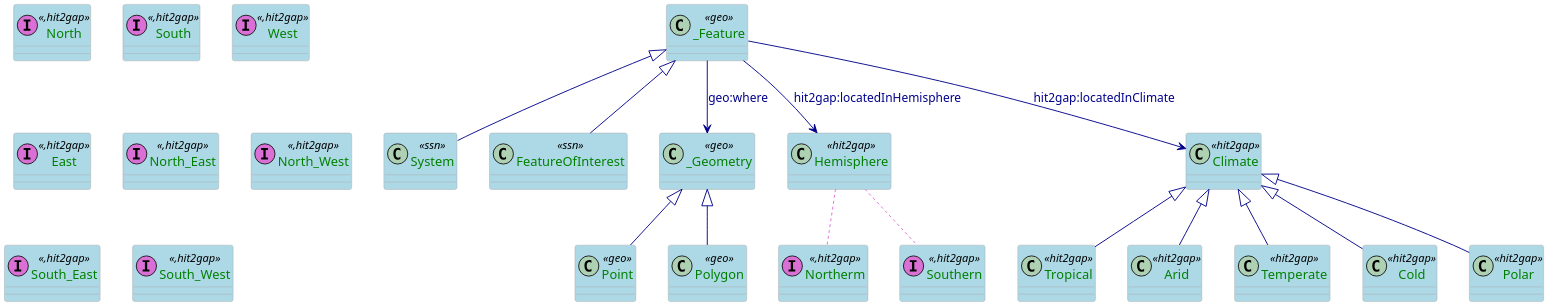
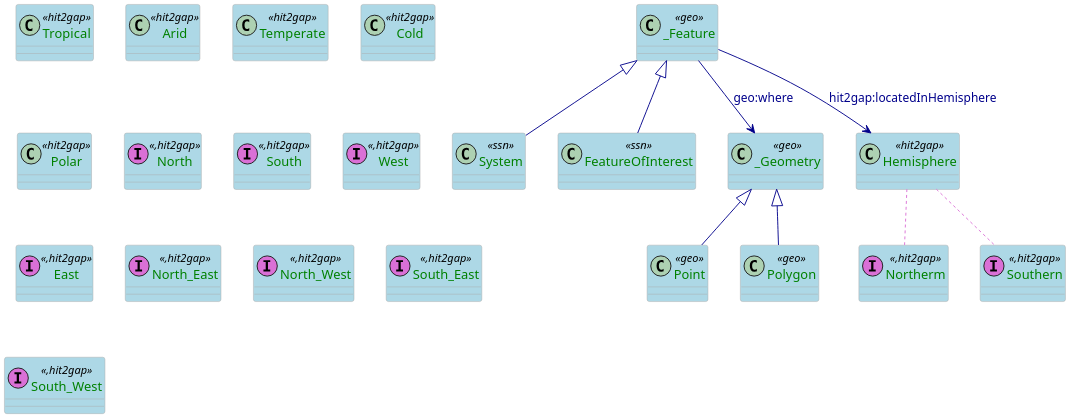
One commit to HIT2GAP-EU-PROJECT/BEMOnt changed the diagram in docs/plantuml/geo.puml. Above: the diagram before and after it, drawn with PlantUML.

```diff
--- a/docs/plantuml/geo.puml
+++ b/docs/plantuml/geo.puml
@@ -1,69 +1,63 @@
 @startuml
 scale 0.7
 
 skinparam class {
   ArrowColor DarkBlue
   ArrowFontColor DarkBlue
   BackgroundColor LightBlue
   BorderColor DarkGrey
 }
 skinparam dpi 300
 skinparam stereotypeCBackgroundColor Wheat
 skinparam classAttributeFontColor  Green
 
 /'
  Definition of the classes referring the SSN-core part
 '/
 class System <<ssn>>
 class FeatureOfInterest <<ssn>>
 
 /'
   Definition of the Geo-core part
 '/
 class _Feature <<geo>>
 class _Geometry <<geo>>
 class Point <<geo>>
 class Polygon <<geo>>
 class Hemisphere <<hit2gap>>
-class Climate <<hit2gap>>
 class Northerm <<(I,orchid),hit2gap>>
 class Southern <<(I,orchid),hit2gap>>
 class Tropical <<hit2gap>>
 class Arid <<hit2gap>>
 class Temperate <<hit2gap>>
 class Cold <<hit2gap>>
 class Polar <<hit2gap>>
 
 class North <<(I,orchid),hit2gap>>
 class South <<(I,orchid),hit2gap>>
 class West <<(I,orchid),hit2gap>>
 class East <<(I,orchid),hit2gap>>
 class North_East <<(I,orchid),hit2gap>>
 class North_West <<(I,orchid),hit2gap>>
 class South_East <<(I,orchid),hit2gap>>
 class South_West <<(I,orchid),hit2gap>>
 
 /'
   Definition of the geospatial part using GeoOWL ontology
 '/
 
 _Feature --> _Geometry: geo:where
 _Geometry <|-- Point
 _Geometry <|-- Polygon
 
 _Feature <|-- FeatureOfInterest
 _Feature <|-- System
 
 _Feature --> Hemisphere: hit2gap:locatedInHemisphere
-_Feature --> Climate: hit2gap:locatedInClimate
 
 Hemisphere ..[#orchid] Northerm
 Hemisphere ..[#orchid] Southern
 
-Climate <|-- Tropical
-Climate <|-- Arid
-Climate <|-- Temperate
-Climate <|-- Cold
-Climate <|-- Polar
+
 
 @enduml
```
